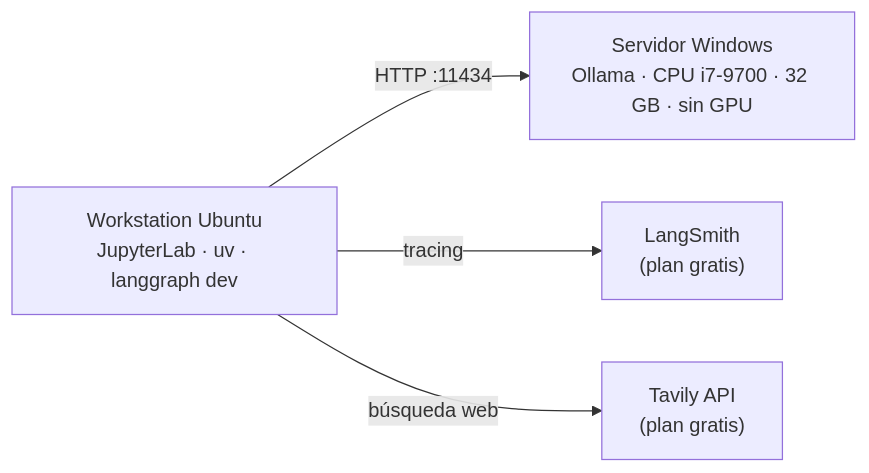
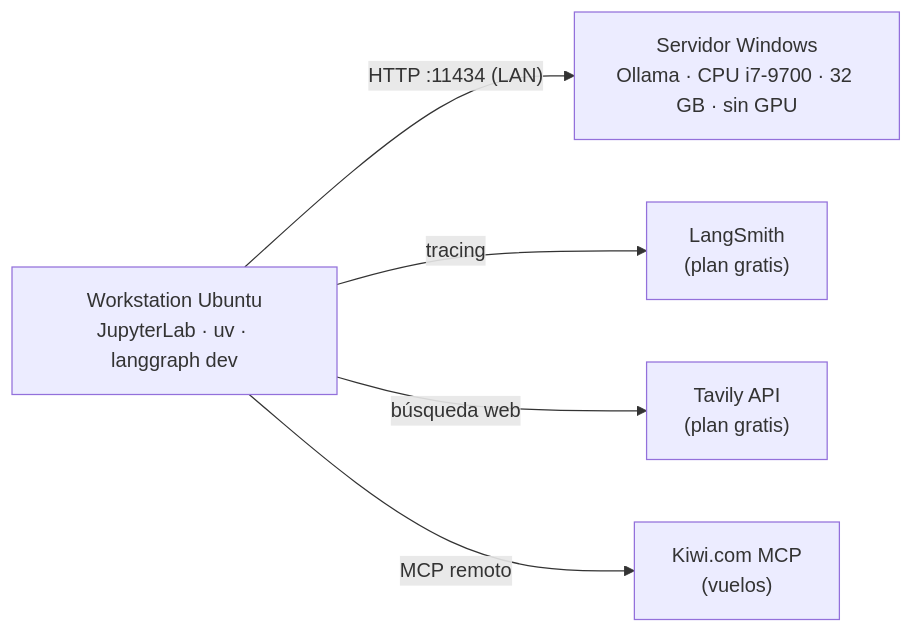
One commit to codeviloria/camino-lcae-langchain-local changed the first of 2 diagrams in README.md. Above: the diagram before and after it, drawn with Mermaid. The commit also changed other lines of this file and 1 other file, not shown here.

Commit message:
README: arquitectura de tools; notebook 2.4 sin datos personales

````diff
--- a/README.md
+++ b/README.md
@@ -24,6 +25,7 @@
 ```mermaid
 flowchart LR
-    A["Workstation Ubuntu<br/>JupyterLab · uv · langgraph dev"] -- "HTTP :11434" --> B["Servidor Windows<br/>Ollama · CPU i7-9700 · 32 GB · sin GPU"]
+    A["Workstation Ubuntu<br/>JupyterLab · uv · langgraph dev"] -- "HTTP :11434 (LAN)" --> B["Servidor Windows<br/>Ollama · CPU i7-9700 · 32 GB · sin GPU"]
     A -- "tracing" --> C["LangSmith<br/>(plan gratis)"]
     A -- "búsqueda web" --> D["Tavily API<br/>(plan gratis)"]
+    A -- "MCP remoto" --> E["Kiwi.com MCP<br/>(vuelos)"]
 ```
````
